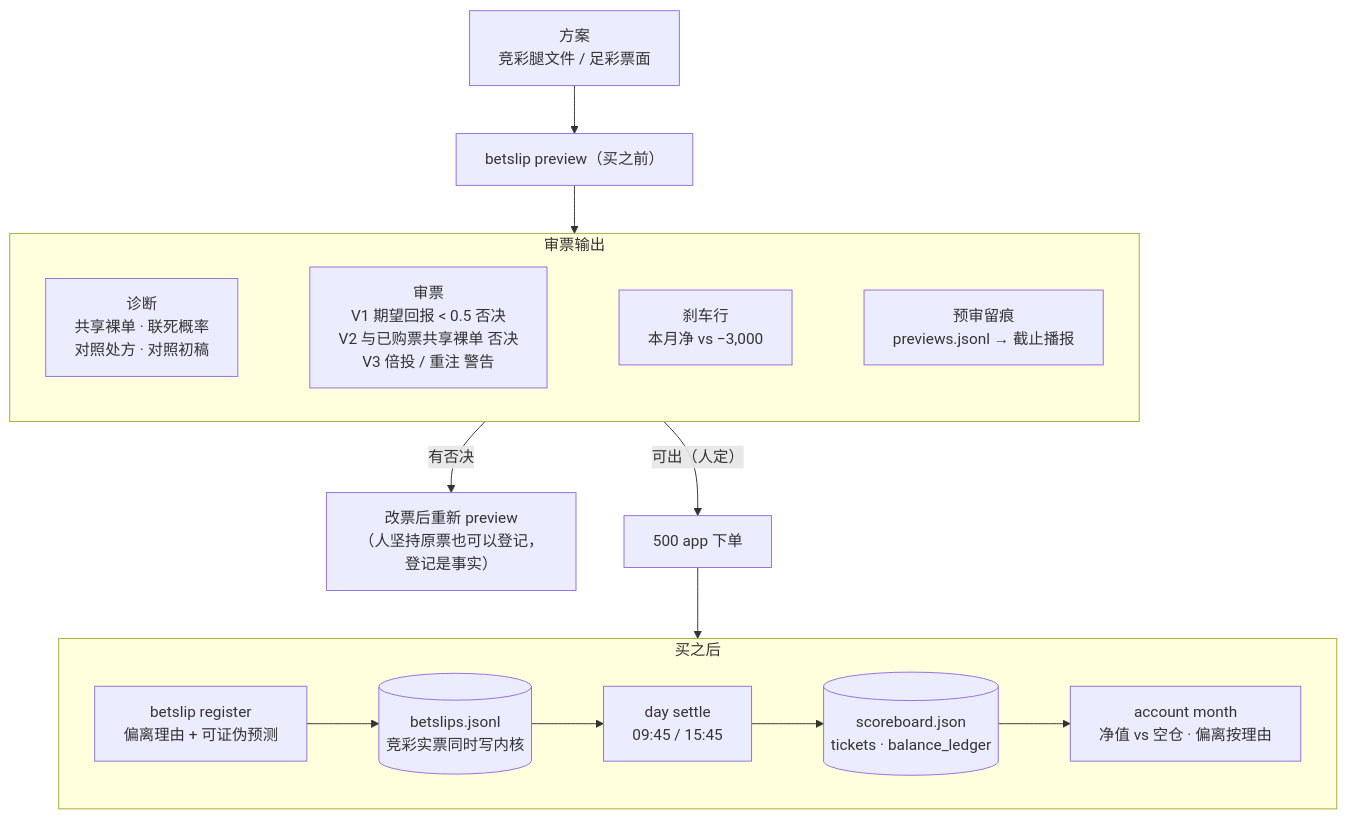
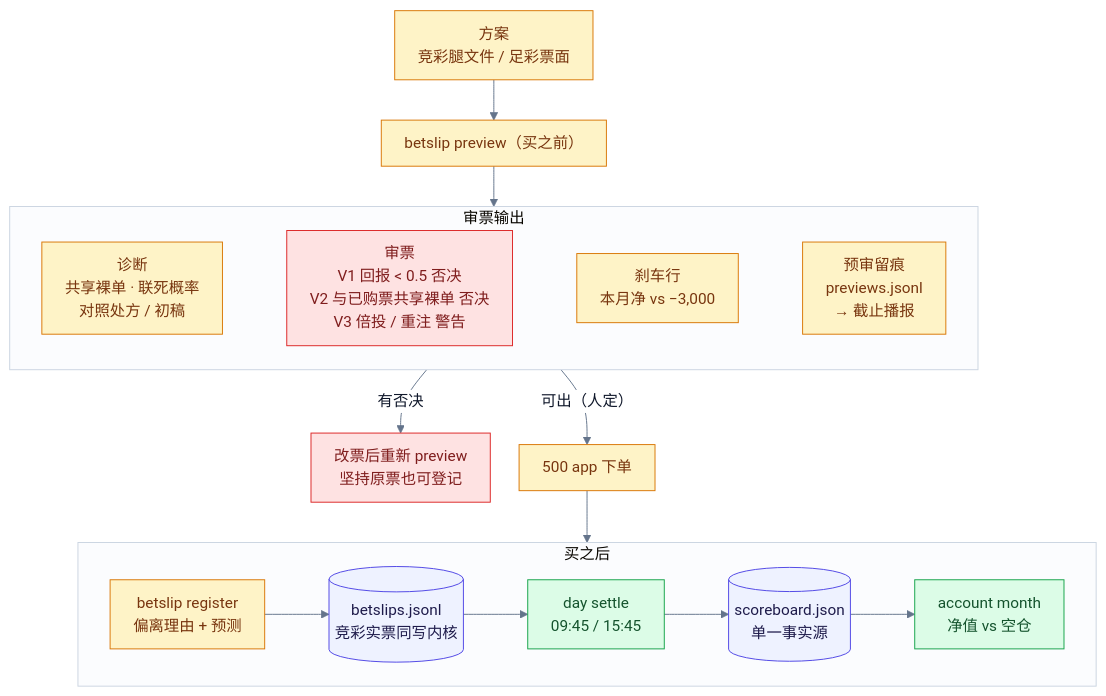
The sixth of 10 diagrams in docs/ARCHITECTURE.md (Jerenus/Nutmeg), drawn with Mermaid before and after one commit. The commit also changed other lines of this file and 3 other files, not shown here.

````diff
--- a/docs/ARCHITECTURE.md
+++ b/docs/ARCHITECTURE.md
@@ -227,16 +329,26 @@
 ```mermaid
+%%{init: {"theme": "base", "themeVariables": {"fontSize": "16px", "lineColor": "#64748B", "clusterBkg": "#FBFCFE", "clusterBorder": "#CBD5E1", "edgeLabelBackground": "#FFFFFF", "primaryTextColor": "#0F172A"}, "flowchart": {"curve": "basis", "padding": 12, "nodeSpacing": 30, "rankSpacing": 42}}}%%
 flowchart TB
   A["方案<br/>竞彩腿文件 / 足彩票面"] --> B["betslip preview（买之前）"]
   subgraph PRE["审票输出"]
     direction LR
-    B1["诊断<br/>共享裸单 · 联死概率<br/>对照处方 · 对照初稿"] ~~~ B2["审票<br/>V1 期望回报 &lt; 0.5 否决<br/>V2 与已购票共享裸单 否决<br/>V3 倍投 / 重注 警告"] ~~~ B3["刹车行<br/>本月净 vs −3,000"] ~~~ B4["预审留痕<br/>previews.jsonl → 截止播报"]
+    B1["诊断<br/>共享裸单 · 联死概率<br/>对照处方 / 初稿"] ~~~ B2["审票<br/>V1 回报 &lt; 0.5 否决<br/>V2 与已购票共享裸单 否决<br/>V3 倍投 / 重注 警告"] ~~~ B3["刹车行<br/>本月净 vs −3,000"] ~~~ B4["预审留痕<br/>previews.jsonl<br/>→ 截止播报"]
   end
   B --> PRE
-  PRE -->|"有否决"| RE["改票后重新 preview<br/>（人坚持原票也可以登记，登记是事实）"]
+  PRE -->|"有否决"| RE["改票后重新 preview<br/>坚持原票也可登记"]
   PRE -->|"可出（人定）"| C["500 app 下单"]
   subgraph POST["买之后"]
     direction LR
-    D["betslip register<br/>偏离理由 + 可证伪预测"] --> E[("betslips.jsonl<br/>竞彩实票同时写内核")] --> F["day settle<br/>09:45 / 15:45"] --> G[("scoreboard.json<br/>tickets · balance_ledger")] --> H["account month<br/>净值 vs 空仓 · 偏离按理由"]
+    D["betslip register<br/>偏离理由 + 预测"] --> E[("betslips.jsonl<br/>竞彩实票同写内核")] --> F["day settle<br/>09:45 / 15:45"] --> G[("scoreboard.json<br/>单一事实源")] --> H["account month<br/>净值 vs 空仓"]
   end
   C --> POST
+
+  classDef hum fill:#FEF3C7,stroke:#D97706,color:#78350F
+  classDef warn fill:#FEE2E2,stroke:#DC2626,color:#7F1D1D
+  classDef acc fill:#DCFCE7,stroke:#16A34A,color:#14532D
+  classDef store fill:#EEF2FF,stroke:#4F46E5,color:#1E1B4B
+  class A,B,B1,B3,B4,C,D hum
+  class B2,RE warn
+  class F,H acc
+  class E,G store
 ```
````
